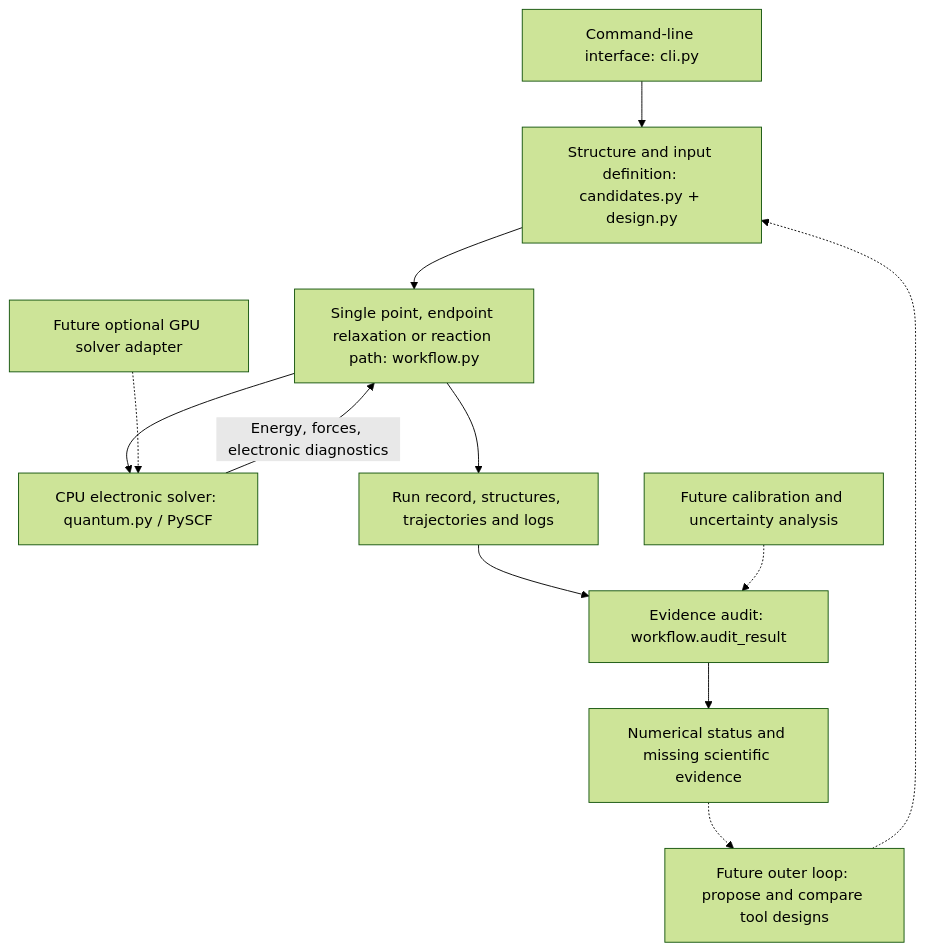
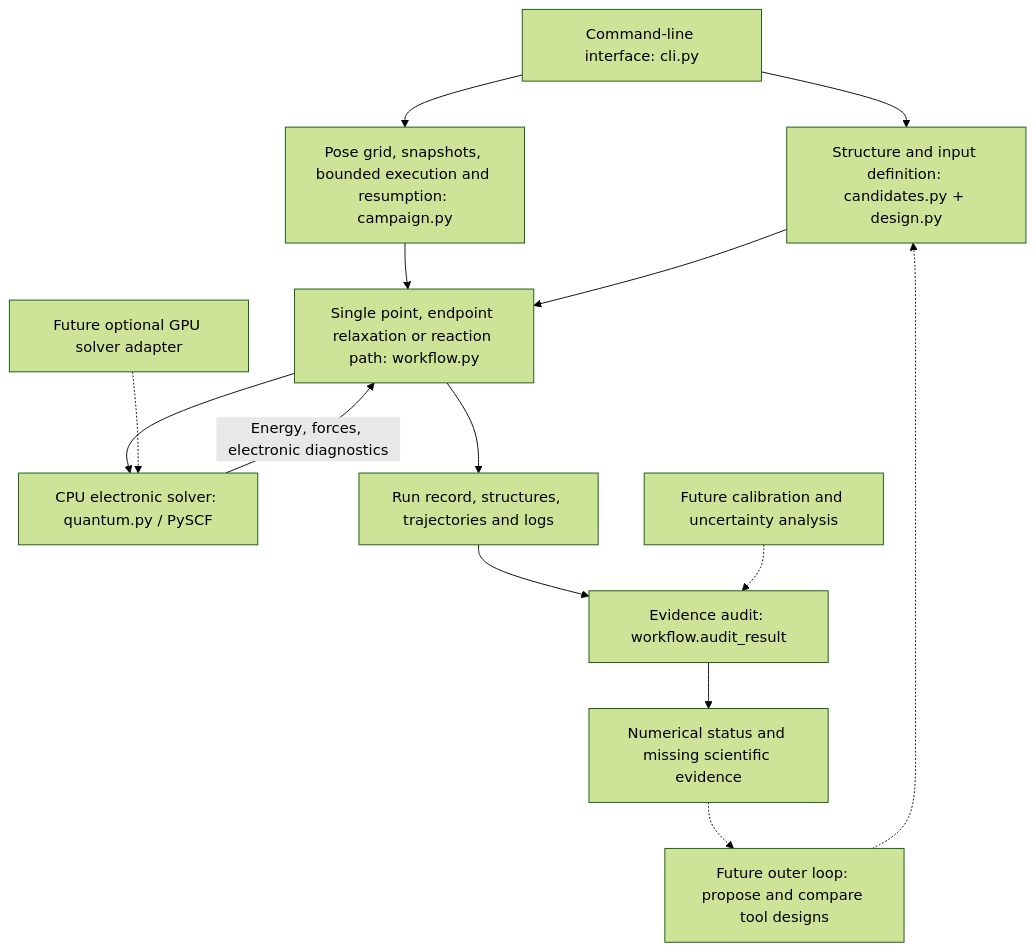
One commit to andresloak100/Molecular-nano- changed the diagram in docs/ARCHITECTURE.md. Above: the diagram before and after it, drawn with Mermaid (forest theme). The commit also changed other lines of this file and 128 other files, not shown here.

````diff
--- a/docs/ARCHITECTURE.md
+++ b/docs/ARCHITECTURE.md
@@ -11,14 +11,16 @@
 ```mermaid
 flowchart TD
     CLI["Command-line interface: cli.py"] --> INPUT["Structure and input definition: candidates.py + design.py"]
+    CLI --> CAMPAIGN["Pose grid, snapshots, bounded execution and resumption: campaign.py"]
+    CAMPAIGN --> JOB
     INPUT --> JOB["Single point, endpoint relaxation or reaction path: workflow.py"]
     JOB --> SOLVER["CPU electronic solver: quantum.py / PySCF"]
     SOLVER -->|"Energy, forces, electronic diagnostics"| JOB
     JOB --> RECORD["Run record, structures, trajectories and logs"]
     RECORD --> AUDIT["Evidence audit: workflow.audit_result"]
     AUDIT --> REPORT["Numerical status and missing scientific evidence"]
     FUTURE["Future outer loop: propose and compare tool designs"] -.-> INPUT
     REPORT -.-> FUTURE
     BENCH["Future calibration and uncertainty analysis"] -.-> AUDIT
     GPU["Future optional GPU solver adapter"] -.-> SOLVER
 ```
````
